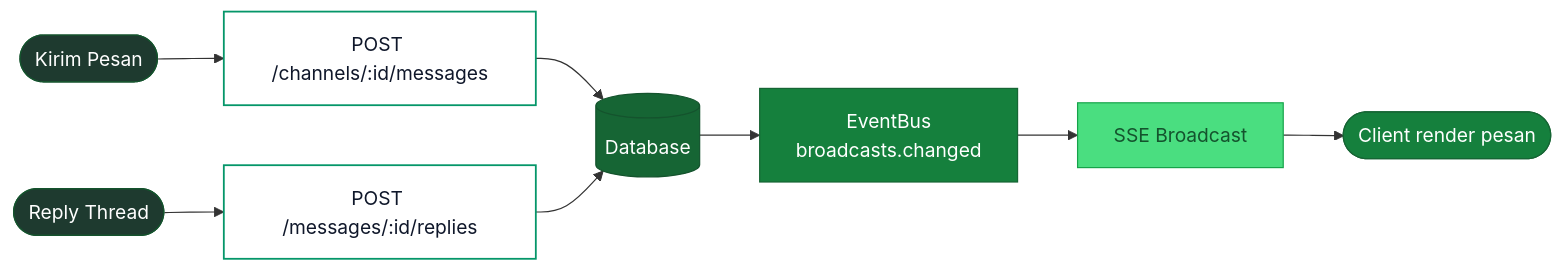
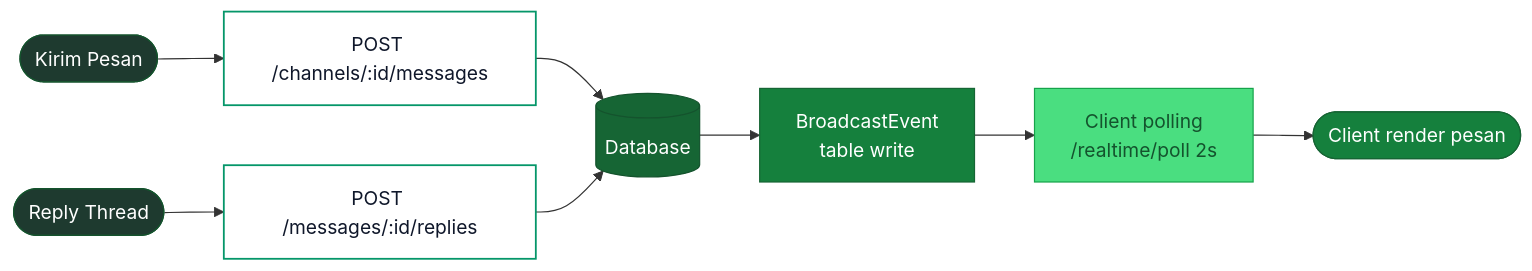
The eighth of 8 diagrams in docs/ATLAS_PLAYBOOK.md (alifnrmdhn-create/atlas-fullstack), drawn with Mermaid before and after one commit. The commit also changed other lines of this file and 14 other files, not shown here.

````diff
--- a/docs/ATLAS_PLAYBOOK.md
+++ b/docs/ATLAS_PLAYBOOK.md
@@ -260,17 +297,17 @@
 ```mermaid
 flowchart LR
     KP([Kirim Pesan]):::start --> R1[POST /channels/:id/messages]:::proc
     RT([Reply Thread]):::start --> R2[POST /messages/:id/replies]:::proc
     R1 --> DB[(Database)]:::p1
     R2 --> DB
-    DB --> Bus[EventBus\nbroadcasts.changed]:::p2
-    Bus --> SSE[SSE Broadcast]:::p3
-    SSE --> End([Client render pesan]):::done
+    DB --> Bus[BroadcastEvent\ntable write]:::p2
+    Bus --> Poll[Client polling\n/realtime/poll 2s]:::p3
+    Poll --> End([Client render pesan]):::done
 
     classDef start fill:#1e3a2f,stroke:#14532d,color:#ffffff
     classDef done  fill:#15803d,stroke:#166534,color:#ffffff
     classDef proc  fill:#ffffff,stroke:#059669,color:#0F172A,stroke-width:1.5px
     classDef p1    fill:#166534,stroke:#14532d,color:#ffffff
     classDef p2    fill:#15803d,stroke:#166534,color:#ffffff
     classDef p3    fill:#4ade80,stroke:#16a34a,color:#14532d
 ```
````
